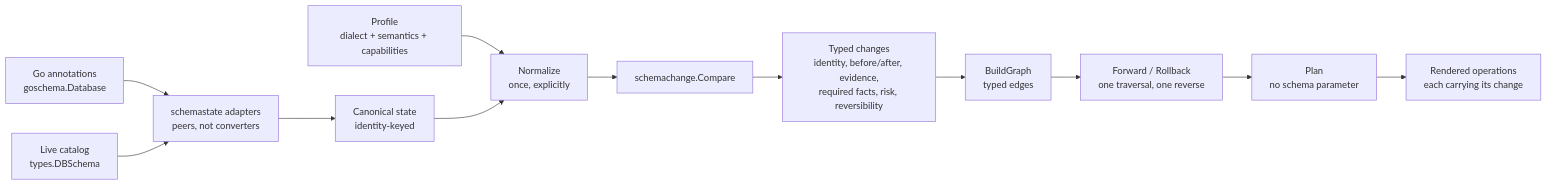
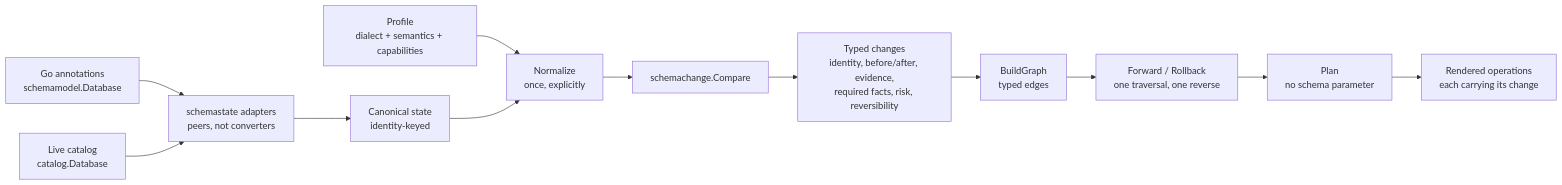
The diagram in docs/canonical_pipeline_prototype.md (stokaro/ptah), drawn with Mermaid before and after one commit. The commit also changed other lines of this file and 972 other files, not shown here.

````diff
--- a/docs/canonical_pipeline_prototype.md
+++ b/docs/canonical_pipeline_prototype.md
@@ -37,14 +37,14 @@
 ```mermaid
 flowchart LR
-  GO["Go annotations<br/>goschema.Database"] --> ADAPT
-  CAT["Live catalog<br/>types.DBSchema"] --> ADAPT
+  GO["Go annotations<br/>schemamodel.Database"] --> ADAPT
+  CAT["Live catalog<br/>catalog.Database"] --> ADAPT
   ADAPT["schemastate adapters<br/>peers, not converters"] --> STATE["Canonical state<br/>identity-keyed"]
   PROFILE["Profile<br/>dialect + semantics + capabilities"] --> NORM
   STATE --> NORM["Normalize<br/>once, explicitly"]
   NORM --> CMP["schemachange.Compare"]
   CMP --> CH["Typed changes<br/>identity, before/after, evidence,<br/>required facts, risk, reversibility"]
   CH --> GRAPH["BuildGraph<br/>typed edges"]
   GRAPH --> ORD["Forward / Rollback<br/>one traversal, one reverse"]
   ORD --> PLAN["Plan<br/>no schema parameter"]
   PLAN --> SQL["Rendered operations<br/>each carrying its change"]
 ```
````
